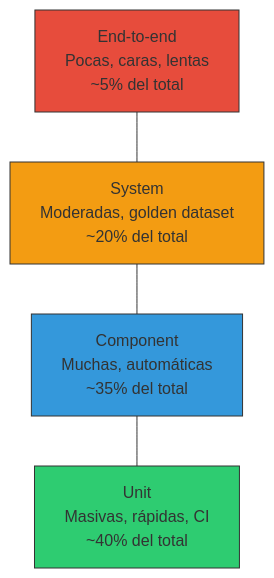
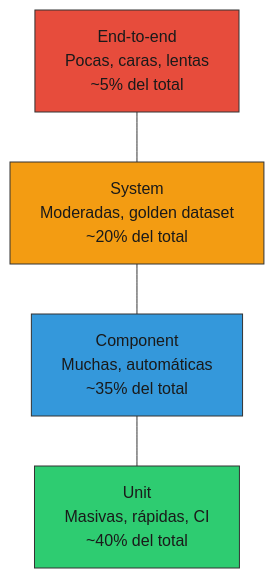
One commit to Alonsomar/estudio-personal changed the third of 8 diagrams in 01-evals/theory/02-taxonomia.md. Above: the diagram before and after it, drawn with Mermaid. The commit also changed other lines of this file and 20 other files, not shown here.

First line of the commit message:
fix(docs): texto oscuro en nodos Mermaid para legibilidad en modo oscuro

````diff
--- a/01-evals/theory/02-taxonomia.md
+++ b/01-evals/theory/02-taxonomia.md
@@ -81,14 +81,14 @@
 ```mermaid
 graph TB
     E2E["End-to-end<br/>Pocas, caras, lentas<br/>~5% del total"]
     SYS["System<br/>Moderadas, golden dataset<br/>~20% del total"]
     COMP["Component<br/>Muchas, automáticas<br/>~35% del total"]
     UNIT["Unit<br/>Masivas, rápidas, CI<br/>~40% del total"]
 
     E2E --- SYS --- COMP --- UNIT
 
-    style UNIT fill:#2ecc71,stroke:#333
-    style COMP fill:#3498db,stroke:#333
-    style SYS fill:#f39c12,stroke:#333
-    style E2E fill:#e74c3c,stroke:#333
+    style UNIT fill:#2ecc71,stroke:#333,color:#1a1a1a
+    style COMP fill:#3498db,stroke:#333,color:#1a1a1a
+    style SYS fill:#f39c12,stroke:#333,color:#1a1a1a
+    style E2E fill:#e74c3c,stroke:#333,color:#1a1a1a
 ```
````
